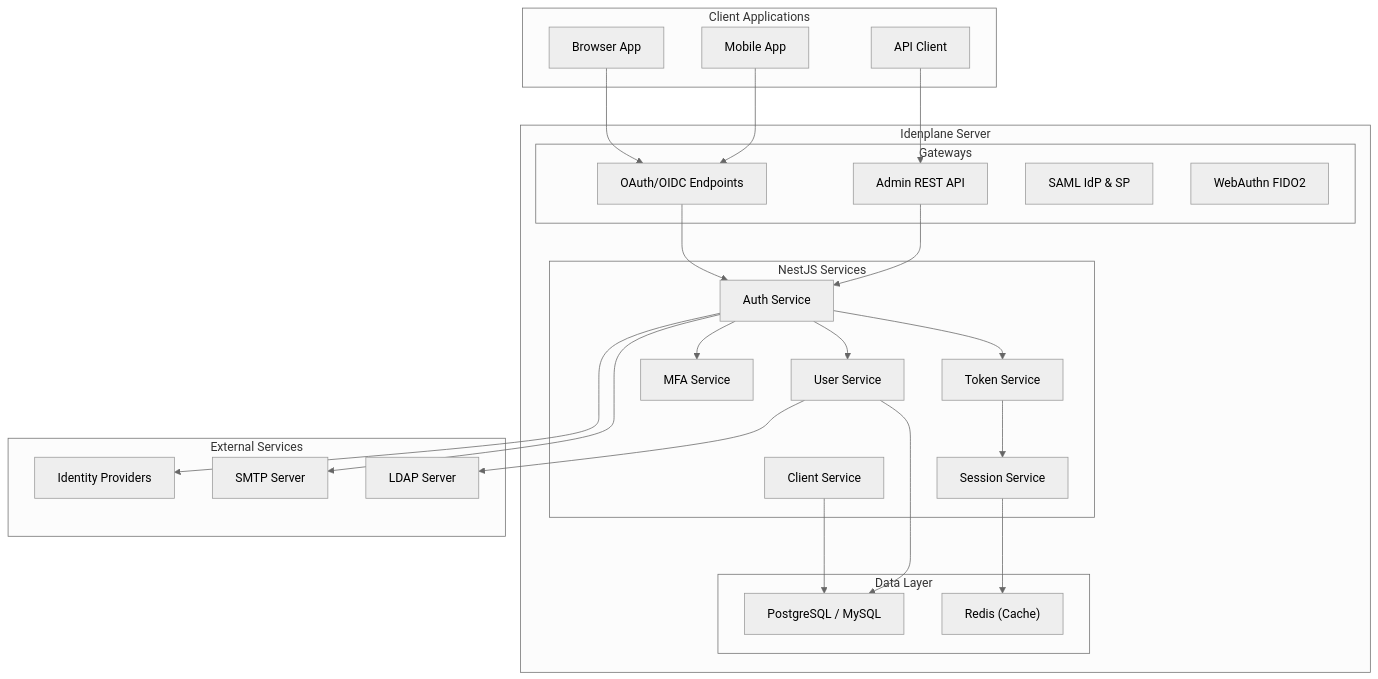
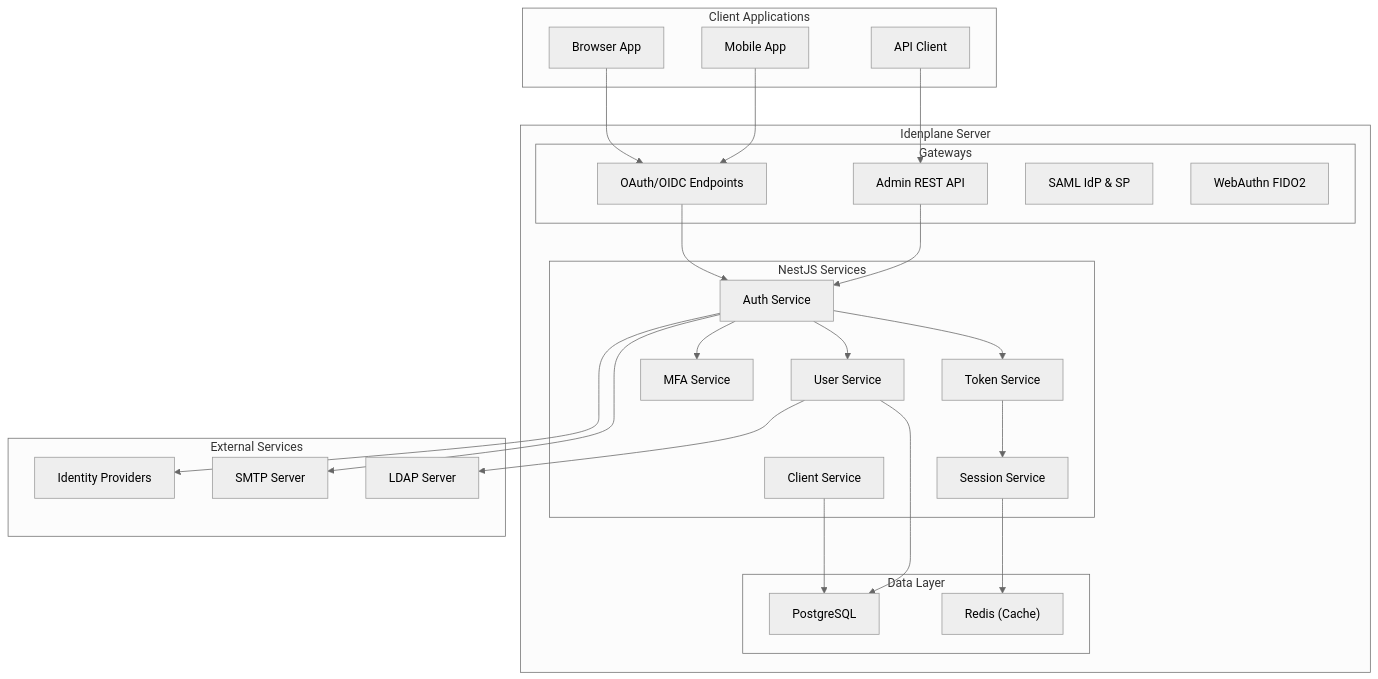
One commit to idenplane/idenplane changed the first of 2 diagrams in README.md. Above: the diagram before and after it, drawn with Mermaid (neutral theme). The commit also changed other lines of this file and 24 other files, not shown here.

First line of the commit message:
chore: support PostgreSQL only; remove the MySQL and SQLite variants

````diff
--- a/README.md
+++ b/README.md
@@ -348,55 +348,55 @@
 ```mermaid
 graph TB
     subgraph Client["Client Applications"]
         Browser["Browser App"]
         Mobile["Mobile App"]
         API["API Client"]
     end
 
     subgraph Idenplane["Idenplane Server"]
         subgraph Gateways["Gateways"]
             AdminAPI["Admin REST API"]
             OAuth["OAuth/OIDC Endpoints"]
             SAML["SAML IdP & SP"]
             WebAuthn["WebAuthn FIDO2"]
         end
 
         subgraph Services["NestJS Services"]
             AuthService["Auth Service"]
             TokenService["Token Service"]
             UserService["User Service"]
             ClientService["Client Service"]
             MFAService["MFA Service"]
             SessionService["Session Service"]
         end
 
         subgraph Storage["Data Layer"]
             Redis["Redis (Cache)"]
-            Postgres["PostgreSQL / MySQL"]
+            Postgres["PostgreSQL"]
         end
     end
 
     subgraph External["External Services"]
         SMTP["SMTP Server"]
         LDAP["LDAP Server"]
         IdP["Identity Providers"]
     end
 
     Browser --> OAuth
     Mobile --> OAuth
     API --> AdminAPI
 
     OAuth --> AuthService
     AdminAPI --> AuthService
     AuthService --> TokenService
     AuthService --> UserService
     AuthService --> MFAService
     TokenService --> SessionService
 
     SessionService --> Redis
     UserService --> Postgres
     ClientService --> Postgres
     AuthService --> SMTP
     UserService --> LDAP
     AuthService --> IdP
 ```
````
